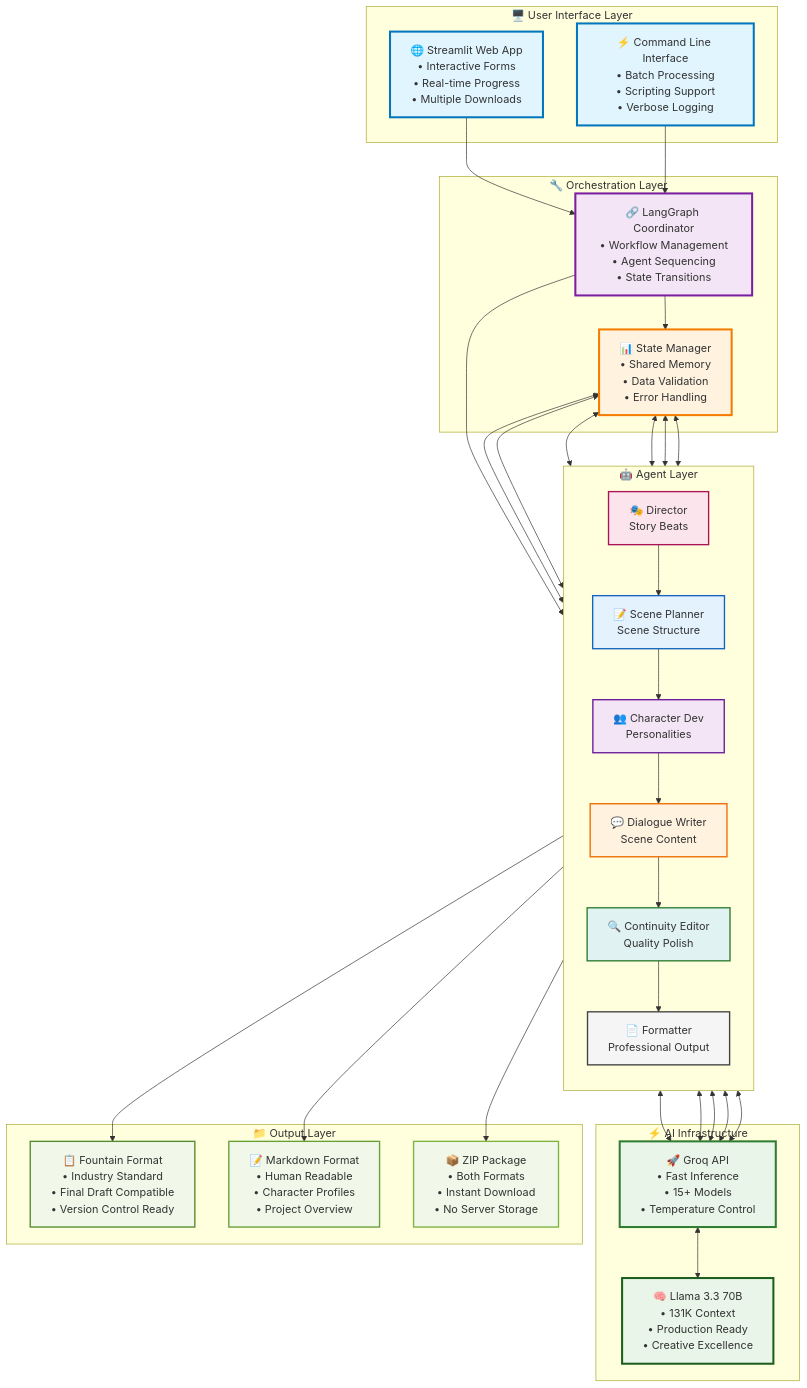
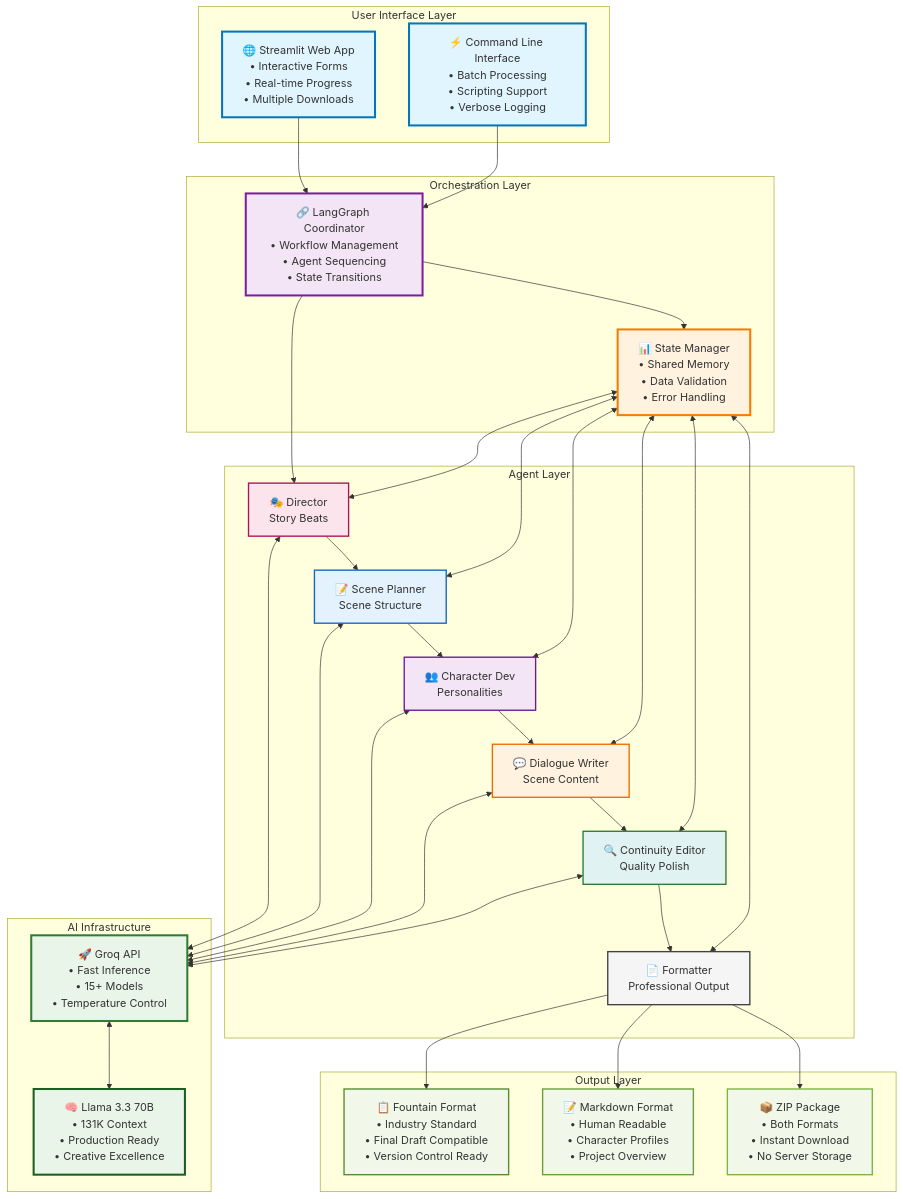
Before and after one commit to drMy5tery/Movie-Scene-Creator: the second of 13 diagrams in movie-mas/Presentation/Movie-Scene-Creator-Presentation.md, drawn with Mermaid. The commit also changed other lines of this file and 1 other file, not shown here.

````diff
--- a/movie-mas/Presentation/Movie-Scene-Creator-Presentation.md
+++ b/movie-mas/Presentation/Movie-Scene-Creator-Presentation.md
@@ -118,77 +119,76 @@
 ```mermaid
 graph TB
-    subgraph "🖥️ User Interface Layer"
-        UI1[🌐 Streamlit Web App<br/>• Interactive Forms<br/>• Real-time Progress<br/>• Multiple Downloads]
-        UI2[⚡ Command Line Interface<br/>• Batch Processing<br/>• Scripting Support<br/>• Verbose Logging]
+    subgraph "User Interface Layer"
+        UI1["🌐 Streamlit Web App<br/>• Interactive Forms<br/>• Real-time Progress<br/>• Multiple Downloads"]
+        UI2["⚡ Command Line Interface<br/>• Batch Processing<br/>• Scripting Support<br/>• Verbose Logging"]
     end
     
-    subgraph "🔧 Orchestration Layer"
-        LG[🔗 LangGraph Coordinator<br/>• Workflow Management<br/>• Agent Sequencing<br/>• State Transitions]
-        SM[📊 State Manager<br/>• Shared Memory<br/>• Data Validation<br/>• Error Handling]
+    subgraph "Orchestration Layer"
+        LG["🔗 LangGraph Coordinator<br/>• Workflow Management<br/>• Agent Sequencing<br/>• State Transitions"]
+        SM["📊 State Manager<br/>• Shared Memory<br/>• Data Validation<br/>• Error Handling"]
     end
     
-    subgraph "🤖 Agent Layer"
-        direction TB
-        A1[🎭 Director<br/>Story Beats]
-        A2[📝 Scene Planner<br/>Scene Structure] 
-        A3[👥 Character Dev<br/>Personalities]
-        A4[💬 Dialogue Writer<br/>Scene Content]
-        A5[🔍 Continuity Editor<br/>Quality Polish]
-        A6[📄 Formatter<br/>Professional Output]
+    subgraph "Agent Layer"
+        A1["🎭 Director<br/>Story Beats"]
+        A2["📝 Scene Planner<br/>Scene Structure"] 
+        A3["👥 Character Dev<br/>Personalities"]
+        A4["💬 Dialogue Writer<br/>Scene Content"]
+        A5["🔍 Continuity Editor<br/>Quality Polish"]
+        A6["📄 Formatter<br/>Professional Output"]
     end
     
-    subgraph "⚡ AI Infrastructure"
-        GROQ[🚀 Groq API<br/>• Fast Inference<br/>• 15+ Models<br/>• Temperature Control]
-        LLM[🧠 Llama 3.3 70B<br/>• 131K Context<br/>• Production Ready<br/>• Creative Excellence]
+    subgraph "AI Infrastructure"
+        GROQ["🚀 Groq API<br/>• Fast Inference<br/>• 15+ Models<br/>• Temperature Control"]
+        LLM["🧠 Llama 3.3 70B<br/>• 131K Context<br/>• Production Ready<br/>• Creative Excellence"]
     end
     
-    subgraph "📁 Output Layer"  
-        F1[📋 Fountain Format<br/>• Industry Standard<br/>• Final Draft Compatible<br/>• Version Control Ready]
-        F2[📝 Markdown Format<br/>• Human Readable<br/>• Character Profiles<br/>• Project Overview]
-        F3[📦 ZIP Package<br/>• Both Formats<br/>• Instant Download<br/>• No Server Storage]
+    subgraph "Output Layer"  
+        F1["📋 Fountain Format<br/>• Industry Standard<br/>• Final Draft Compatible<br/>• Version Control Ready"]
+        F2["📝 Markdown Format<br/>• Human Readable<br/>• Character Profiles<br/>• Project Overview"]
+        F3["📦 ZIP Package<br/>• Both Formats<br/>• Instant Download<br/>• No Server Storage"]
     end
     
     UI1 --> LG
     UI2 --> LG
     LG --> SM
     LG --> A1
     A1 --> A2
     A2 --> A3  
     A3 --> A4
     A4 --> A5
     A5 --> A6
     
     A1 <--> GROQ
     A2 <--> GROQ
     A3 <--> GROQ
     A4 <--> GROQ
     A5 <--> GROQ
     GROQ <--> LLM
     
     SM <--> A1
     SM <--> A2
     SM <--> A3
     SM <--> A4
     SM <--> A5
     SM <--> A6
     
     A6 --> F1
     A6 --> F2  
     A6 --> F3
     
     style UI1 fill:#e1f5fe,stroke:#0277bd,stroke-width:3px
     style UI2 fill:#e1f5fe,stroke:#0277bd,stroke-width:3px
     style LG fill:#f3e5f5,stroke:#7b1fa2,stroke-width:3px
     style SM fill:#fff3e0,stroke:#f57c00,stroke-width:3px
     style GROQ fill:#e8f5e8,stroke:#2e7d32,stroke-width:3px
     style LLM fill:#e8f5e8,stroke:#1b5e20,stroke-width:3px
     style A1 fill:#fce4ec,stroke:#ad1457,stroke-width:2px
     style A2 fill:#e3f2fd,stroke:#1565c0,stroke-width:2px
     style A3 fill:#f3e5f5,stroke:#6a1b9a,stroke-width:2px
     style A4 fill:#fff3e0,stroke:#ef6c00,stroke-width:2px
     style A5 fill:#e0f2f1,stroke:#2e7d32,stroke-width:2px
     style A6 fill:#f5f5f5,stroke:#424242,stroke-width:2px
     style F1 fill:#f1f8e9,stroke:#558b2f,stroke-width:2px
     style F2 fill:#f1f8e9,stroke:#689f38,stroke-width:2px
     style F3 fill:#f1f8e9,stroke:#7cb342,stroke-width:2px
 ```
````
